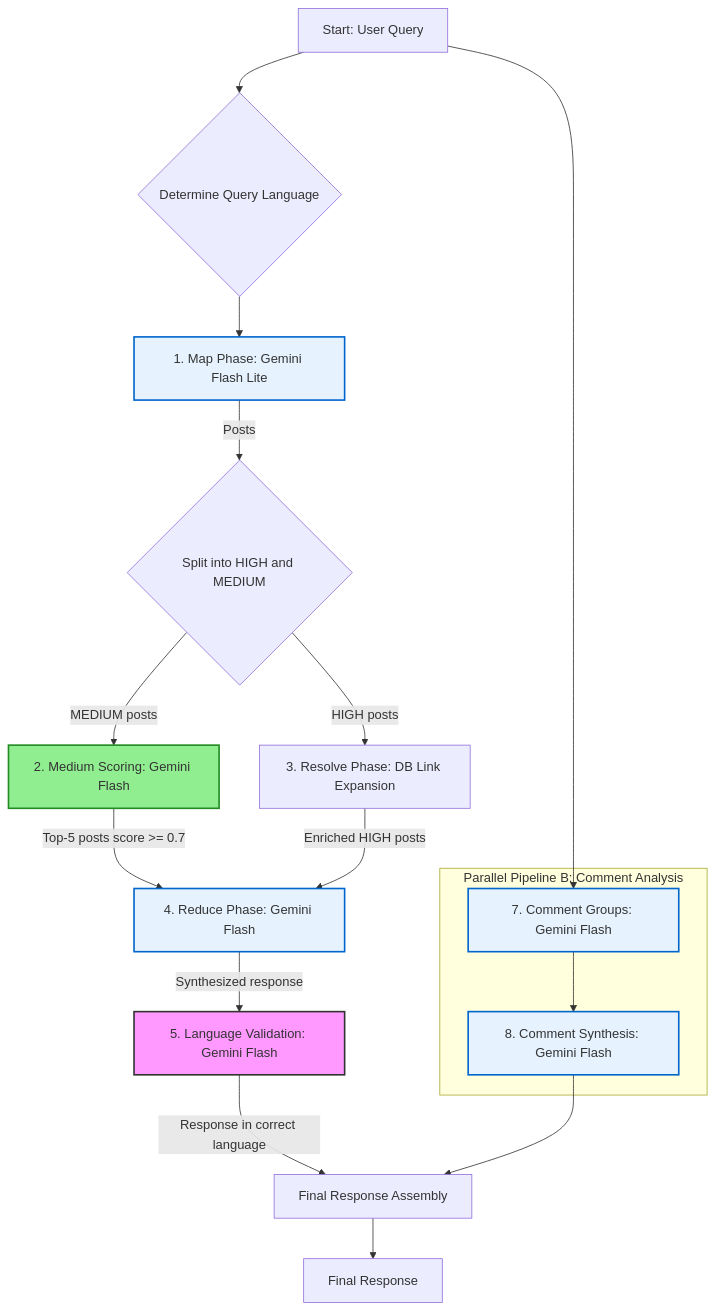
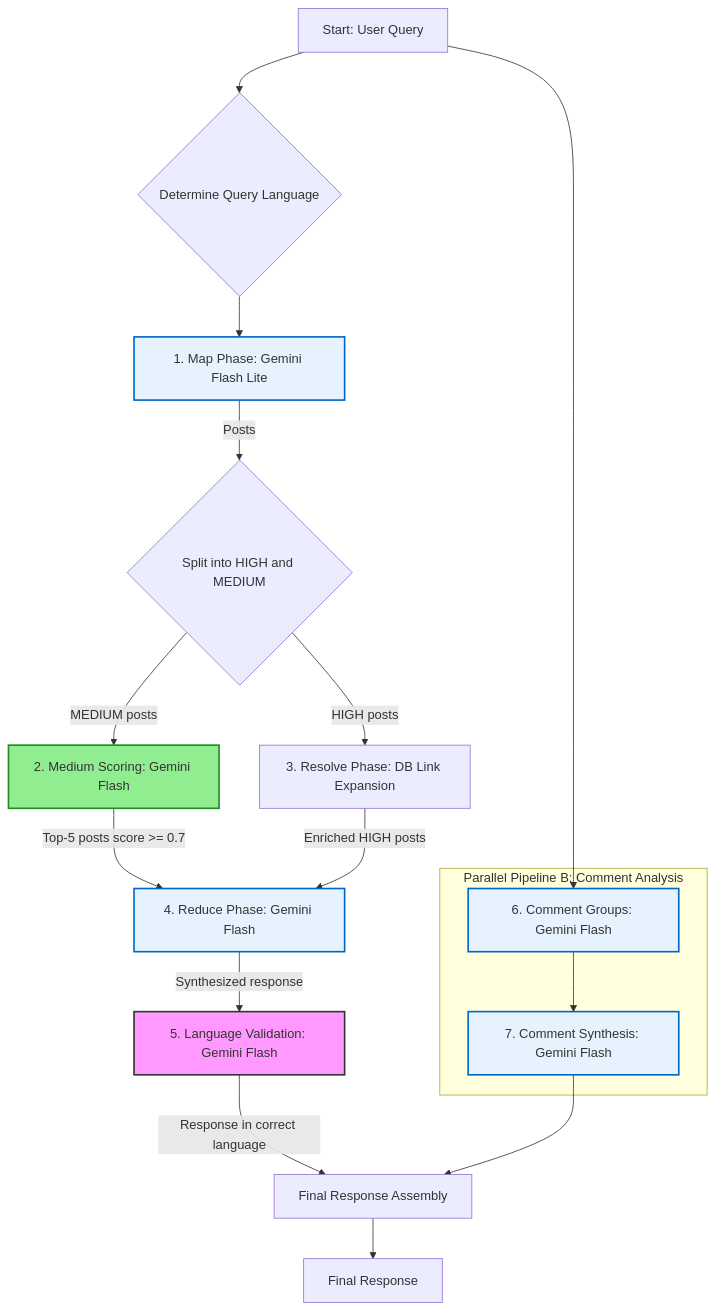
Before and after one commit to shao3d/Experts_panel: the second of 3 diagrams in README.md, drawn with Mermaid.

Commit message:
fix(docs): correct phase numbering in pipeline diagram (7-8 → 6-7)

````diff
--- a/README.md
+++ b/README.md
@@ -58,28 +58,28 @@
 ```mermaid
 graph TD
     A[Start: User Query] --> B{Determine Query Language}
     B --> C[1. Map Phase: Gemini Flash Lite]
     C -- "Posts" --> D{Split into HIGH and MEDIUM}
     D -- "HIGH posts" --> E[3. Resolve Phase: DB Link Expansion]
     D -- "MEDIUM posts" --> F[2. Medium Scoring: Gemini Flash]
     F -- "Top-5 posts score >= 0.7" --> G[4. Reduce Phase: Gemini Flash]
     E -- "Enriched HIGH posts" --> G
     G -- "Synthesized response" --> H[5. Language Validation: Gemini Flash]
     H -- "Response in correct language" --> I{Assemble Final Response}
 
     subgraph "Parallel Pipeline B: Comment Analysis"
-        J[7. Comment Groups: Gemini Flash] --> K[8. Comment Synthesis: Gemini Flash]
+        J[6. Comment Groups: Gemini Flash] --> K[7. Comment Synthesis: Gemini Flash]
     end
 
     A --> J
     K --> I[Final Response Assembly]
 
     I --> L[Final Response]
 
     classDef llm_step fill:#f9f,stroke:#333,stroke-width:2px
     class C,F,G,H,J,K llm_step
     classDef gemini_step fill:#e6f3ff,stroke:#0066cc,stroke-width:2px
     class C,F,G,J,K gemini_step
     classDef cost_optimized fill:#90EE90,stroke:#228B22,stroke-width:2px
     class F cost_optimized
 ```
````
